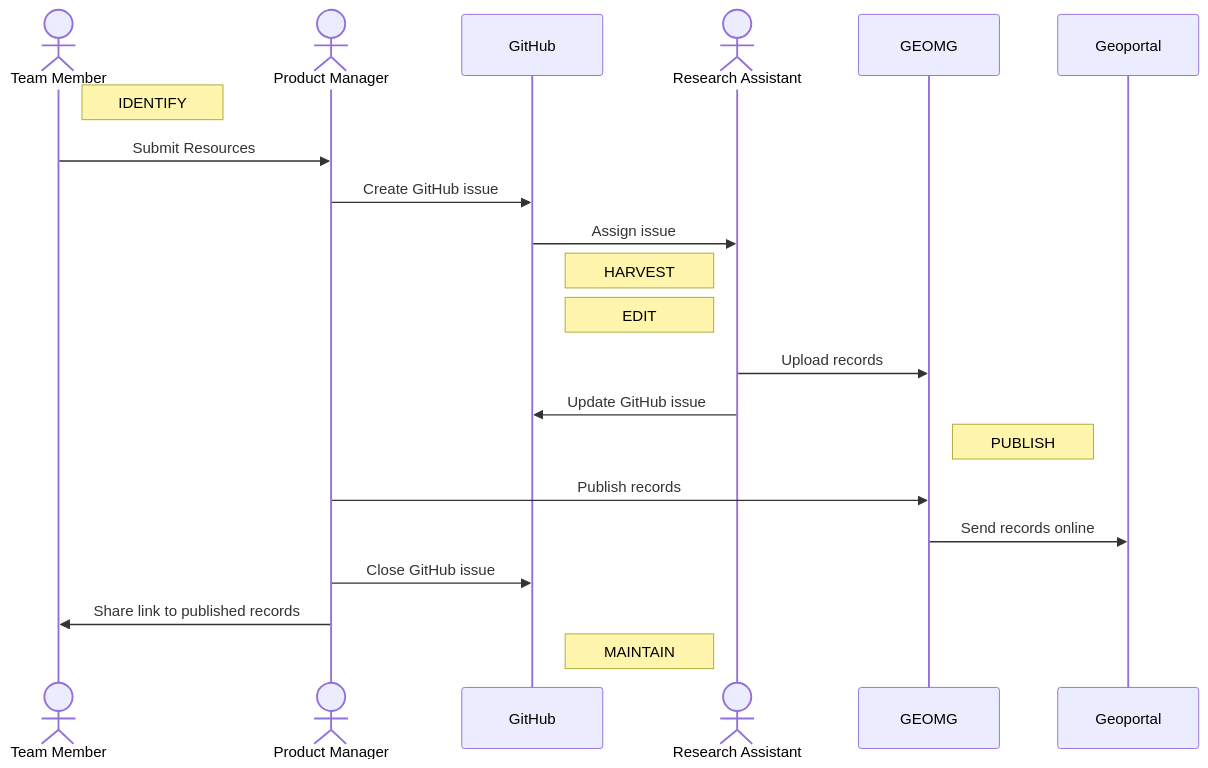
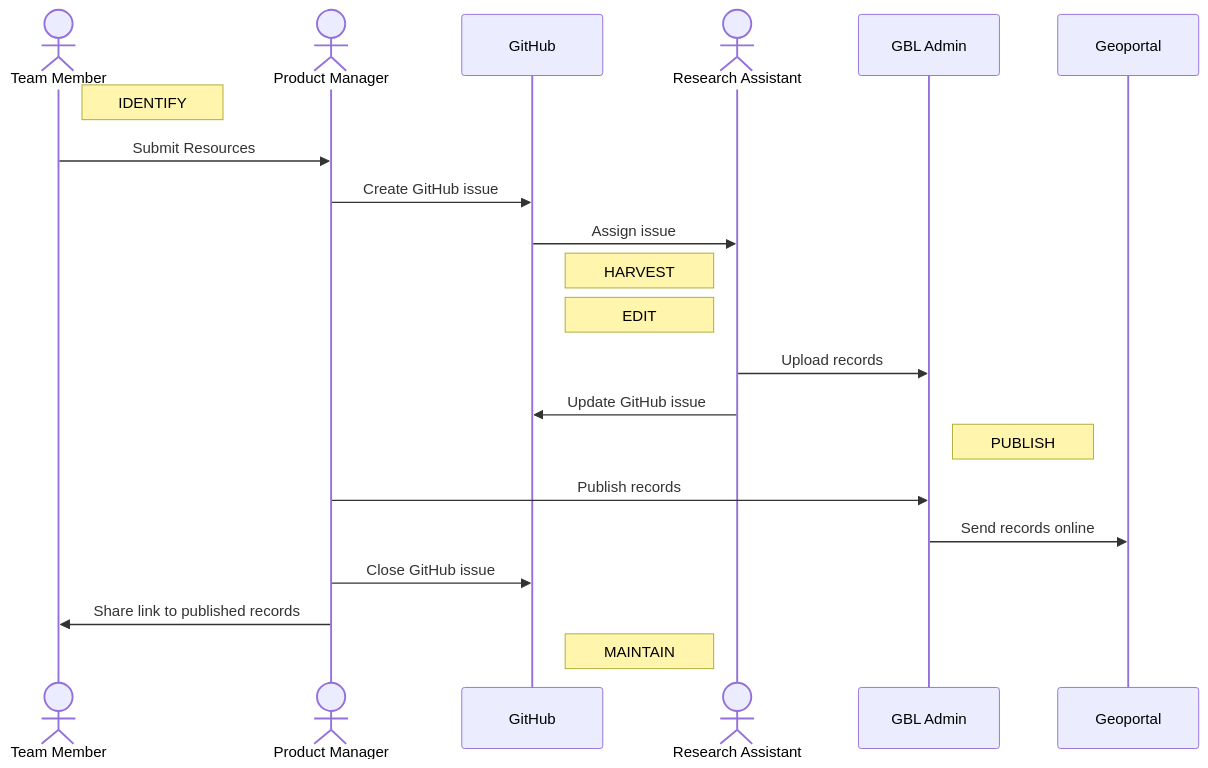
Before and after one commit to geobtaa/metadata: the second of 2 diagrams in docs/resource-lifecycle.md, drawn with Mermaid. The commit also changed other lines of this file and 17 other files, not shown here.

Commit message:
replace GEOMG with GBL Admin

````diff
--- a/docs/resource-lifecycle.md
+++ b/docs/resource-lifecycle.md
@@ -65,34 +65,34 @@
 ``` mermaid
 
 	
 	
 
 	sequenceDiagram
    		actor Team Member
     		actor Product Manager
     		participant GitHub
     		actor Research Assistant
-    		participant GEOMG
+    		participant GBL Admin
     		participant Geoportal	
     			
     		
     		Note right of Team Member:  IDENTIFY
     		 
     		Team Member->>Product Manager: Submit Resources
     		Product Manager->>GitHub: Create GitHub issue
     		GitHub ->>Research Assistant: Assign issue
     		Note left of Research Assistant:  HARVEST
     		Note left of Research Assistant:  EDIT 
     		
-    		Research Assistant->>GEOMG: Upload records
+    		Research Assistant->>GBL Admin: Upload records
     		Research Assistant ->>GitHub: Update GitHub issue
-    		Note right of GEOMG:  PUBLISH 
+    		Note right of GBL Admin:  PUBLISH 
     		
-    		Product Manager->>GEOMG: Publish records
-    		GEOMG->>Geoportal: Send records online 
+    		Product Manager->>GBL Admin: Publish records
+    		GBL Admin->>Geoportal: Send records online 
     		Product Manager->>GitHub: Close GitHub issue
     		Product Manager ->> Team Member: Share link to published records
     		
     		Note left of Research Assistant:  MAINTAIN 
     		
 ```
````
